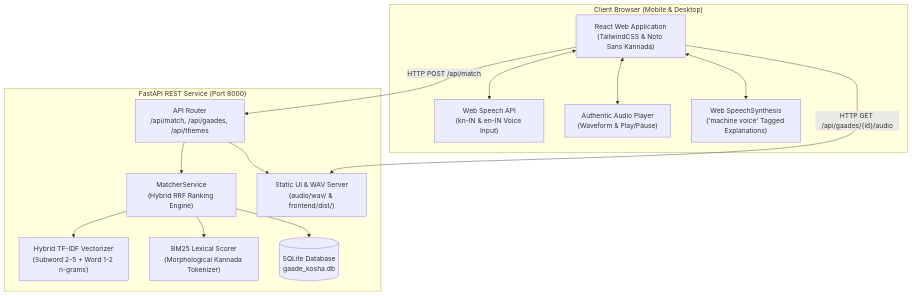
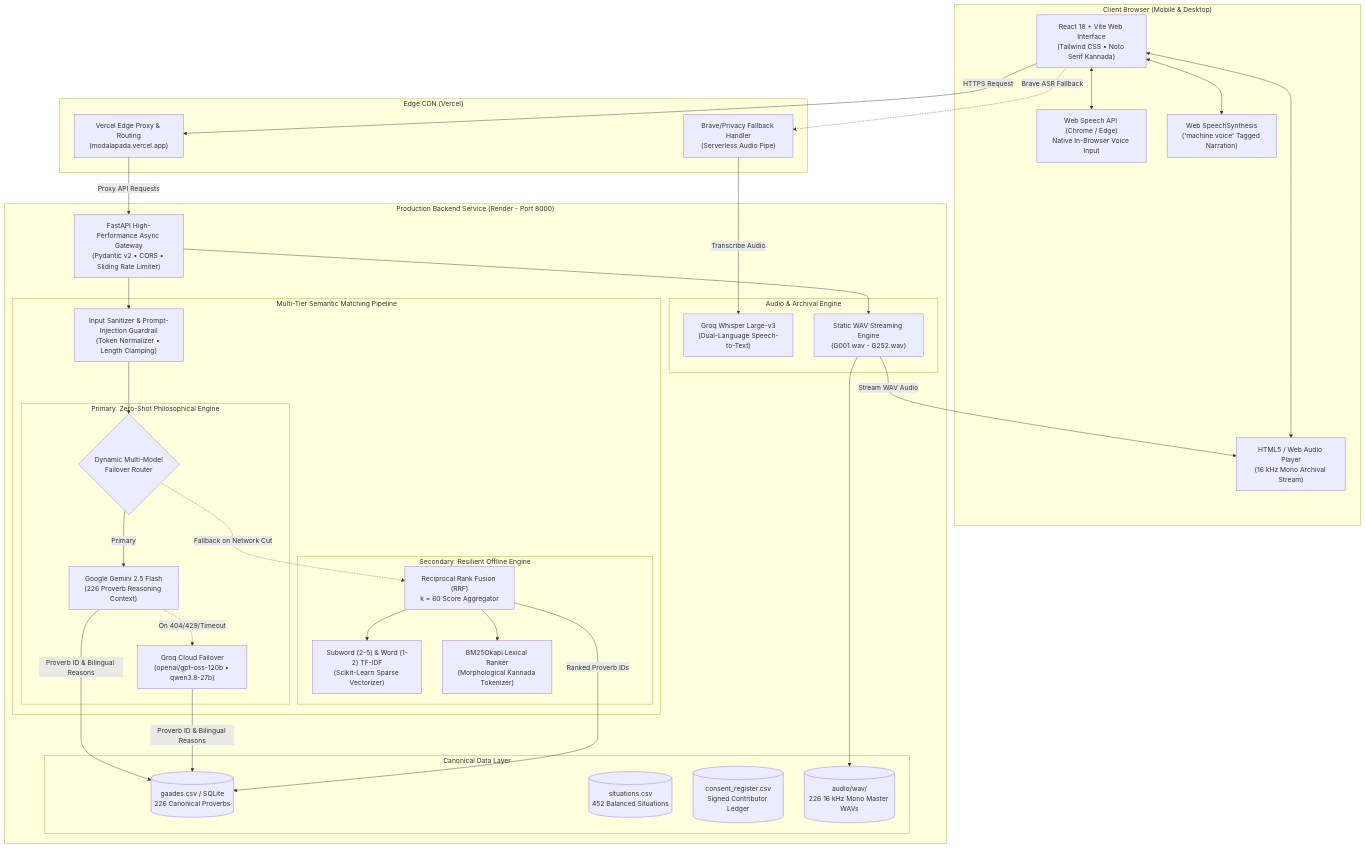
Before and after one commit to AnanthAkshay/MODALAPADA: the diagram in gaade-kosha/README.md, drawn with Mermaid. The commit also changed other lines of this file and 11 other files, not shown here.

Commit message:
docs: add winning hackathon README with screenshots, system architecture, and 17 golden benchmarks

````diff
--- a/gaade-kosha/README.md
+++ b/gaade-kosha/README.md
@@ -33,30 +66,71 @@
 ```mermaid
 flowchart TD
     subgraph Client ["Client Browser (Mobile & Desktop)"]
-        UI["React Web Application<br/>(TailwindCSS & Noto Sans Kannada)"]
-        ASR["Web Speech API<br/>(kn-IN & en-IN Voice Input)"]
-        Player["Authentic Audio Player<br/>(Waveform & Play/Pause)"]
-        TTS["Web SpeechSynthesis<br/>('machine voice' Tagged Explanations)"]
-        UI <--> ASR
-        UI <--> Player
+        UI["React 18 + Vite Web Interface<br/>(Tailwind CSS • Noto Serif Kannada)"]
+        ASR_Client["Web Speech API (Chrome / Edge)<br/>Native In-Browser Voice Input"]
+        AudioPlayer["HTML5 / Web Audio Player<br/>(16 kHz Mono Archival Stream)"]
+        TTS["Web SpeechSynthesis<br/>('machine voice' Tagged Narration)"]
+        
+        UI <--> ASR_Client
+        UI <--> AudioPlayer
         UI <--> TTS
     end
 
-    subgraph Backend ["FastAPI REST Service (Port 8000)"]
-        API["API Router<br/>/api/match, /api/gaades, /api/themes"]
-        Matcher["MatcherService<br/>(Hybrid RRF Ranking Engine)"]
-        TFIDF["Hybrid TF-IDF Vectorizer<br/>(Subword 2-5 + Word 1-2 n-grams)"]
-        BM25["BM25 Lexical Scorer<br/>(Morphological Kannada Tokenizer)"]
-        DB[(SQLite Database<br/>gaade_kosha.db)]
-        StaticServer["Static UI & WAV Server<br/>(audio/wav/ & frontend/dist/)"]
-        
-        API --> Matcher
-        Matcher --> TFIDF
-        Matcher --> BM25
-        Matcher --> DB
-        API --> StaticServer
+    subgraph Edge ["Edge CDN (Vercel)"]
+        VercelEdge["Vercel Edge Proxy & Routing<br/>(modalapada.vercel.app)"]
+        ASR_Fallback["Brave/Privacy Fallback Handler<br/>(Serverless Audio Pipe)"]
     end
 
-    UI -- HTTP POST /api/match --> API
-    UI -- HTTP GET /api/gaades/{id}/audio --> StaticServer
+    subgraph Backend ["Production Backend Service (Render - Port 8000)"]
+        FastAPI["FastAPI High-Performance Async Gateway<br/>(Pydantic v2 • CORS • Sliding Rate Limiter)"]
+        
+        subgraph Intelligence ["Multi-Tier Semantic Matching Pipeline"]
+            Guardrail["Input Sanitizer & Prompt-Injection Guardrail<br/>(Token Normalizer • Length Clamping)"]
+            
+            subgraph PrimaryEngine ["Primary: Zero-Shot Philosophical Engine"]
+                Gemini["Google Gemini 2.5 Flash<br/>(226 Proverb Reasoning Context)"]
+                Groq["Groq Cloud Failover<br/>(openai/gpt-oss-120b • qwen3.8-27b)"]
+                FailoverRouter{"Dynamic Multi-Model<br/>Failover Router"}
+            end
+            
+            subgraph SecondaryEngine ["Secondary: Resilient Offline Engine"]
+                TFIDF["Subword (2-5) & Word (1-2) TF-IDF<br/>(Scikit-Learn Sparse Vectorizer)"]
+                BM25["BM25Okapi Lexical Ranker<br/>(Morphological Kannada Tokenizer)"]
+                RRF["Reciprocal Rank Fusion (RRF)<br/>k = 60 Score Aggregator"]
+            end
+        end
+
+        subgraph AudioService ["Audio & Archival Engine"]
+            ASR_Backend["Groq Whisper Large-v3<br/>(Dual-Language Speech-to-Text)"]
+            AudioStreamer["Static WAV Streaming Engine<br/>(G001.wav - G252.wav)"]
+        end
+
+        subgraph DataStore ["Canonical Data Layer"]
+            DB_Gaades[("gaades.csv / SQLite<br/>226 Canonical Proverbs")]
+            DB_Situations[("situations.csv<br/>452 Balanced Situations")]
+            DB_Consent[("consent_register.csv<br/>Signed Contributor Ledger")]
+            AudioStore[("audio/wav/<br/>226 16 kHz Mono Master WAVs")]
+        end
+    end
+
+    UI -->|HTTPS Request| VercelEdge
+    VercelEdge -->|Proxy API Requests| FastAPI
+    UI -.->|Brave ASR Fallback| ASR_Fallback
+    ASR_Fallback -->|Transcribe Audio| ASR_Backend
+
+    FastAPI --> Guardrail
+    Guardrail --> FailoverRouter
+    FailoverRouter -->|Primary| Gemini
+    Gemini -.->|On 404/429/Timeout| Groq
+    FailoverRouter -.->|Fallback on Network Cut| RRF
+    RRF --> TFIDF
+    RRF --> BM25
+
+    Gemini -->|Proverb ID & Bilingual Reasons| DB_Gaades
+    Groq -->|Proverb ID & Bilingual Reasons| DB_Gaades
+    RRF -->|Ranked Proverb IDs| DB_Gaades
+    
+    FastAPI --> AudioStreamer
+    AudioStreamer --> AudioStore
+    AudioStreamer -->|Stream WAV Audio| AudioPlayer
 ```
````
